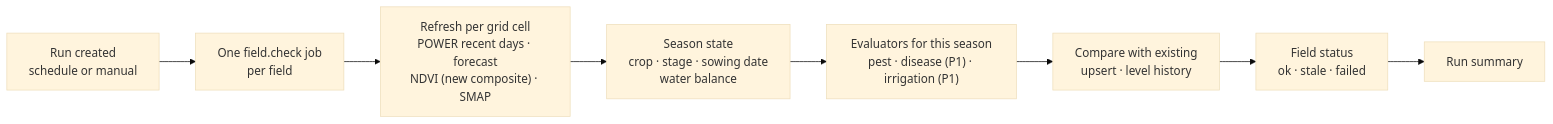
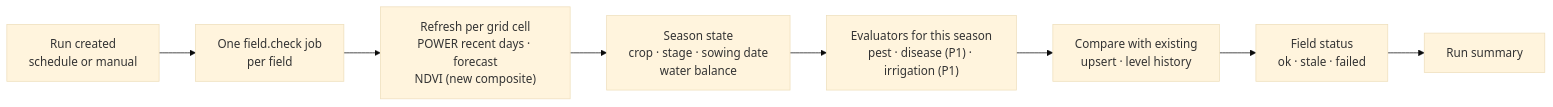
Before and after one commit to nekojidev/Terrasight: the third of 6 diagrams in docs/02-rfc.md, drawn with Mermaid (base theme). The commit also changed other lines of this file and 17 other files, not shown here.

````diff
--- a/docs/02-rfc.md
+++ b/docs/02-rfc.md
@@ -509,10 +509,10 @@
 ```mermaid
 flowchart LR
     T["Run created<br/>schedule or manual"] --> J["One field.check job<br/>per field"]
-    J --> D["Refresh per grid cell<br/>POWER recent days · forecast<br/>NDVI (new composite) · SMAP"]
+    J --> D["Refresh per grid cell<br/>POWER recent days · forecast<br/>NDVI (new composite)"]
     D --> SR["Season state<br/>crop · stage · sowing date<br/>water balance"]
     SR --> E["Evaluators for this season<br/>pest · disease (P1) · irrigation (P1)"]
     E --> U["Compare with existing<br/>upsert · level history"]
     U --> S["Field status<br/>ok · stale · failed"]
     S --> SUM["Run summary"]
 ```
````
